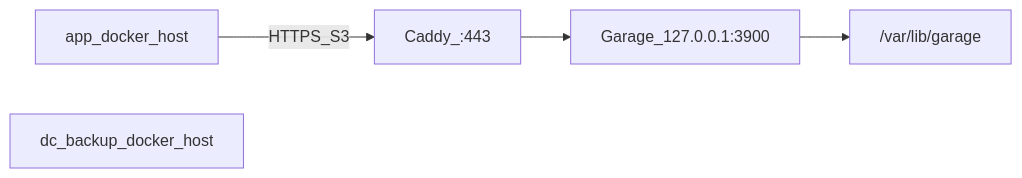
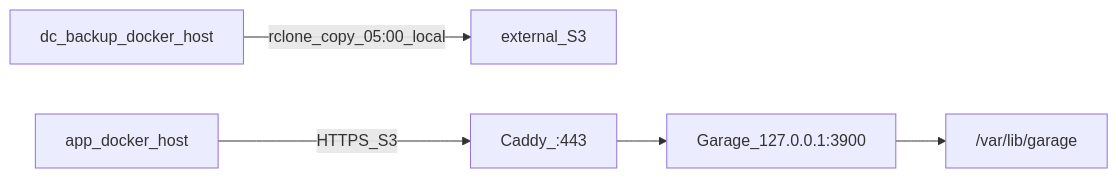
Before and after one commit to catalpainternational/catalpa-workspace-tooling: the diagram in README_DC_BACKUP.md, drawn with Mermaid. The commit also changed other lines of this file and 26 other files, not shown here.

````diff
--- a/README_DC_BACKUP.md
+++ b/README_DC_BACKUP.md
@@ -15,8 +15,10 @@
 ```mermaid
 flowchart LR
   app[app_docker_host]
   bkp[dc_backup_docker_host]
+  ext[external_S3]
   app -->|"HTTPS_S3"| caddy[Caddy_:443]
   caddy --> garage[Garage_127.0.0.1:3900]
   garage --> disk["/var/lib/garage"]
+  bkp -->|"rclone_copy_05:00_local"| ext
 ```
````
